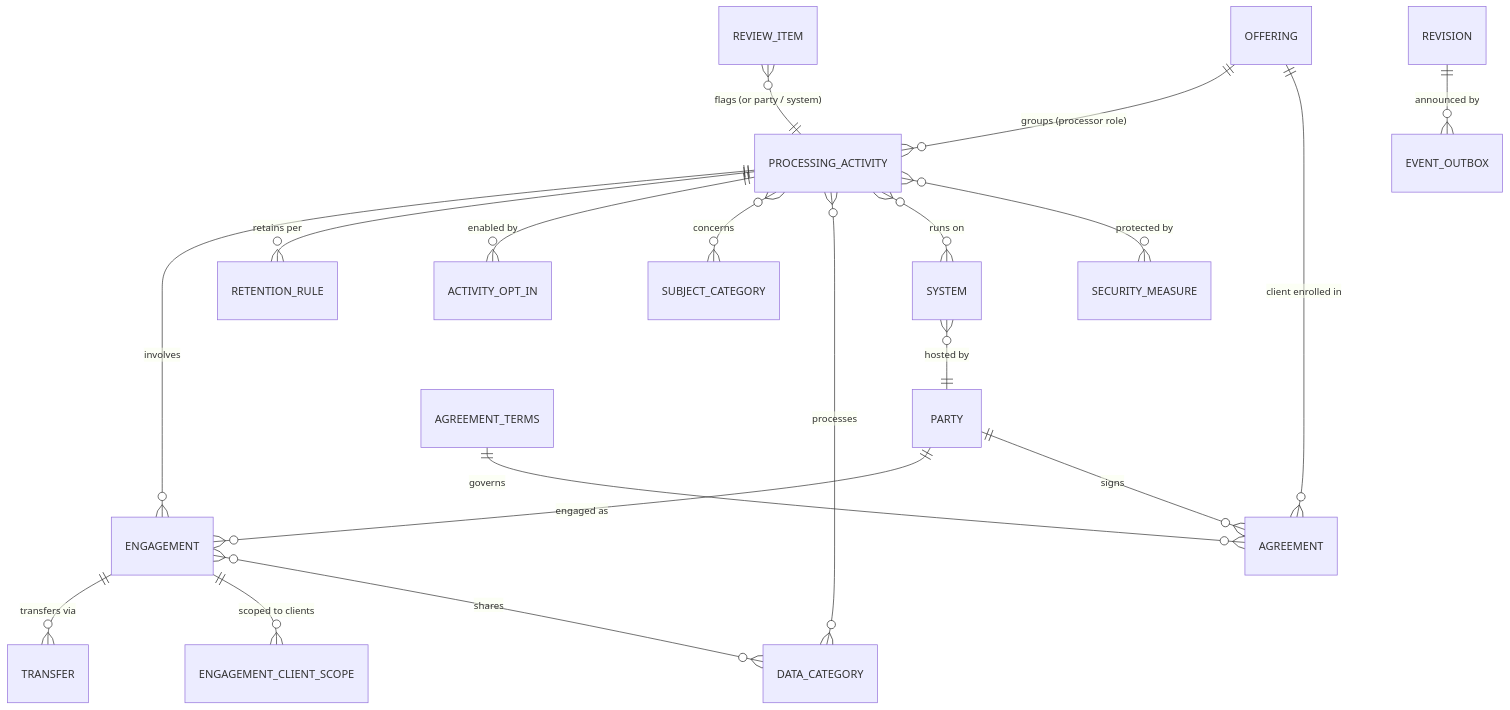
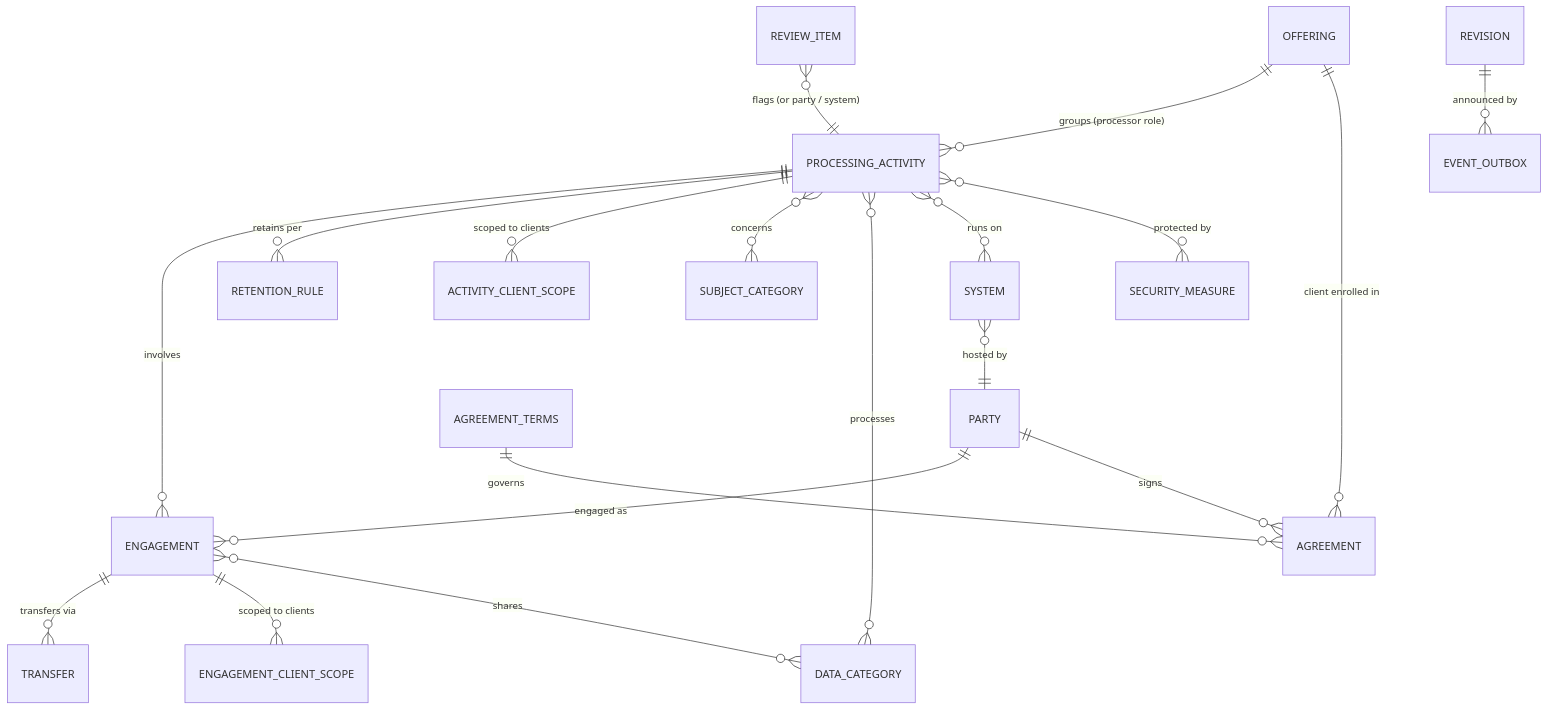
Before and after one commit to rulemark/rulemark-governance: the diagram in design/ropa-data-model.md, drawn with Mermaid. The commit also changed other lines of this file and 2 other files, not shown here.

````diff
--- a/design/ropa-data-model.md
+++ b/design/ropa-data-model.md
@@ -21,21 +21,21 @@
 ```mermaid
 erDiagram
     OFFERING ||--o{ PROCESSING_ACTIVITY : "groups (processor role)"
     PROCESSING_ACTIVITY ||--o{ ENGAGEMENT : "involves"
     PARTY ||--o{ ENGAGEMENT : "engaged as"
     ENGAGEMENT ||--o{ TRANSFER : "transfers via"
     ENGAGEMENT ||--o{ ENGAGEMENT_CLIENT_SCOPE : "scoped to clients"
     PROCESSING_ACTIVITY ||--o{ RETENTION_RULE : "retains per"
-    PROCESSING_ACTIVITY ||--o{ ACTIVITY_OPT_IN : "enabled by"
+    PROCESSING_ACTIVITY ||--o{ ACTIVITY_CLIENT_SCOPE : "scoped to clients"
     AGREEMENT_TERMS ||--o{ AGREEMENT : "governs"
     PARTY ||--o{ AGREEMENT : "signs"
     OFFERING ||--o{ AGREEMENT : "client enrolled in"
     PROCESSING_ACTIVITY }o--o{ SUBJECT_CATEGORY : "concerns"
     PROCESSING_ACTIVITY }o--o{ DATA_CATEGORY : "processes"
     ENGAGEMENT }o--o{ DATA_CATEGORY : "shares"
     PROCESSING_ACTIVITY }o--o{ SYSTEM : "runs on"
     PROCESSING_ACTIVITY }o--o{ SECURITY_MEASURE : "protected by"
     SYSTEM }o--|| PARTY : "hosted by"
     REVIEW_ITEM }o--|| PROCESSING_ACTIVITY : "flags (or party / system)"
     REVISION ||--o{ EVENT_OUTBOX : "announced by"
 ```
````
